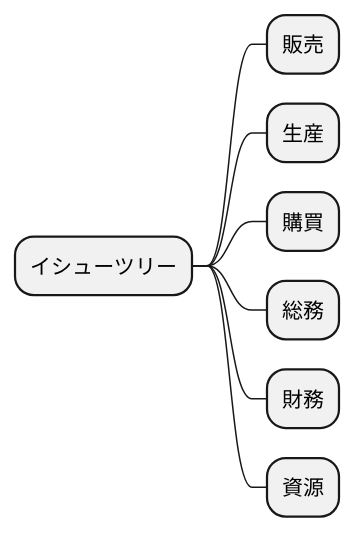
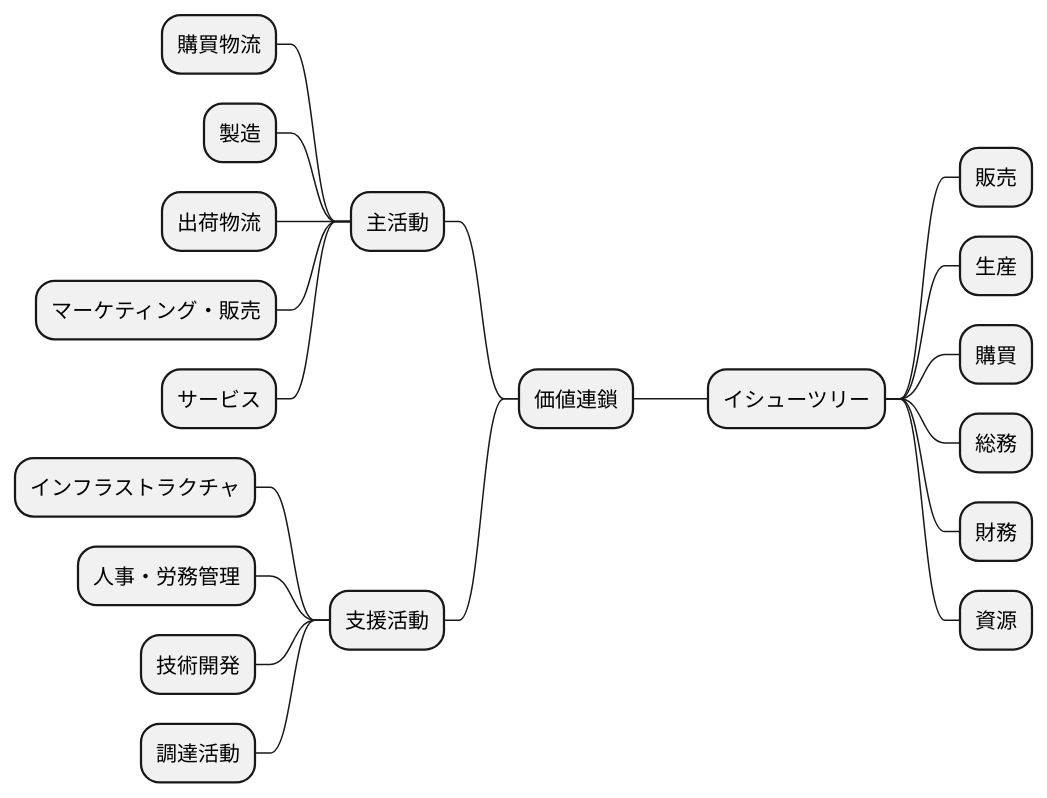
One commit to k2works/case-sutudy-business-analysis changed diagram 12 of 16 in docs/case/r0X_case_X.adoc. Above: the diagram before and after it, drawn with PlantUML. The commit also changed 3 other files, not shown here.

```diff
--- a/docs/case/r0X_case_X.adoc
+++ b/docs/case/r0X_case_X.adoc
@@ -246,14 +246,27 @@
 [plantuml]
 ----
 @startmindmap
 
 * イシューツリー
-*** 販売
-*** 生産
-*** 購買
-*** 総務
-*** 財務
-*** 資源
+** 販売
+** 生産
+** 購買
+** 総務
+** 財務
+** 資源
+left side
+** 価値連鎖
+*** 主活動
+**** 購買物流
+**** 製造
+**** 出荷物流
+**** マーケティング・販売
+**** サービス
+*** 支援活動
+**** インフラストラクチャ
+**** 人事・労務管理
+**** 技術開発
+**** 調達活動
 
 @endmindmap
 ----
```
